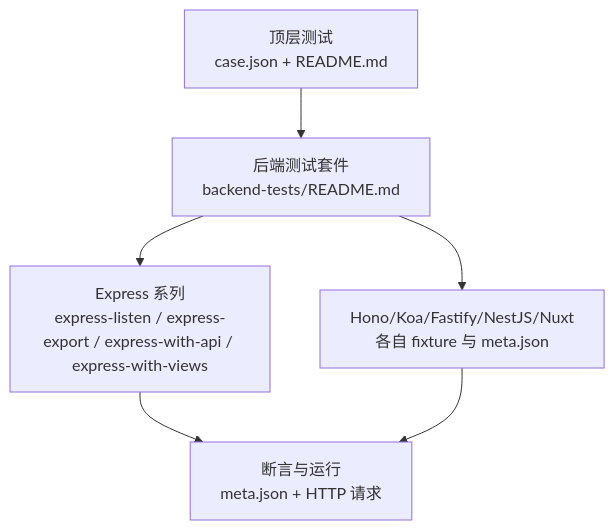
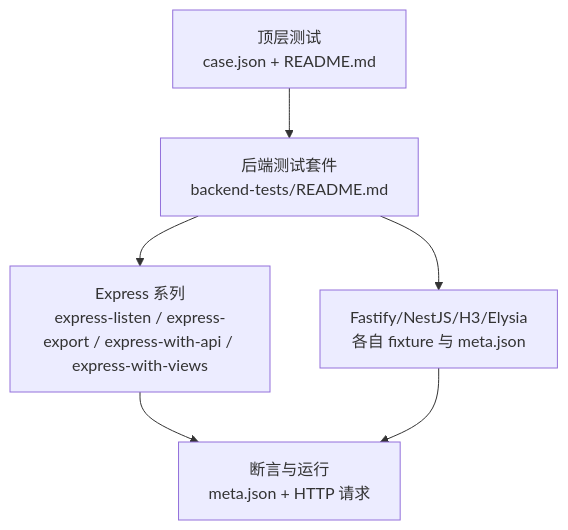
The first of 8 diagrams in .qoder/repowiki/zh/content/后端框架测试/后端框架测试.md (esa-sp/test-for-aone-ci), drawn with Mermaid before and after one commit. The commit also changed other lines of this file and 119 other files, not shown here.

````diff
--- a/.qoder/repowiki/zh/content/后端框架测试/后端框架测试.md
+++ b/.qoder/repowiki/zh/content/后端框架测试/后端框架测试.md
@@ -47,8 +48,8 @@
 ```mermaid
 graph TB
 A["顶层测试<br/>case.json + README.md"] --> B["后端测试套件<br/>backend-tests/README.md"]
 B --> C["Express 系列<br/>express-listen / express-export / express-with-api / express-with-views"]
-B --> D["Hono/Koa/Fastify/NestJS/Nuxt<br/>各自 fixture 与 meta.json"]
+B --> D["Fastify/NestJS/H3/Elysia<br/>各自 fixture 与 meta.json"]
 C --> E["断言与运行<br/>meta.json + HTTP 请求"]
 D --> E
 ```
````
